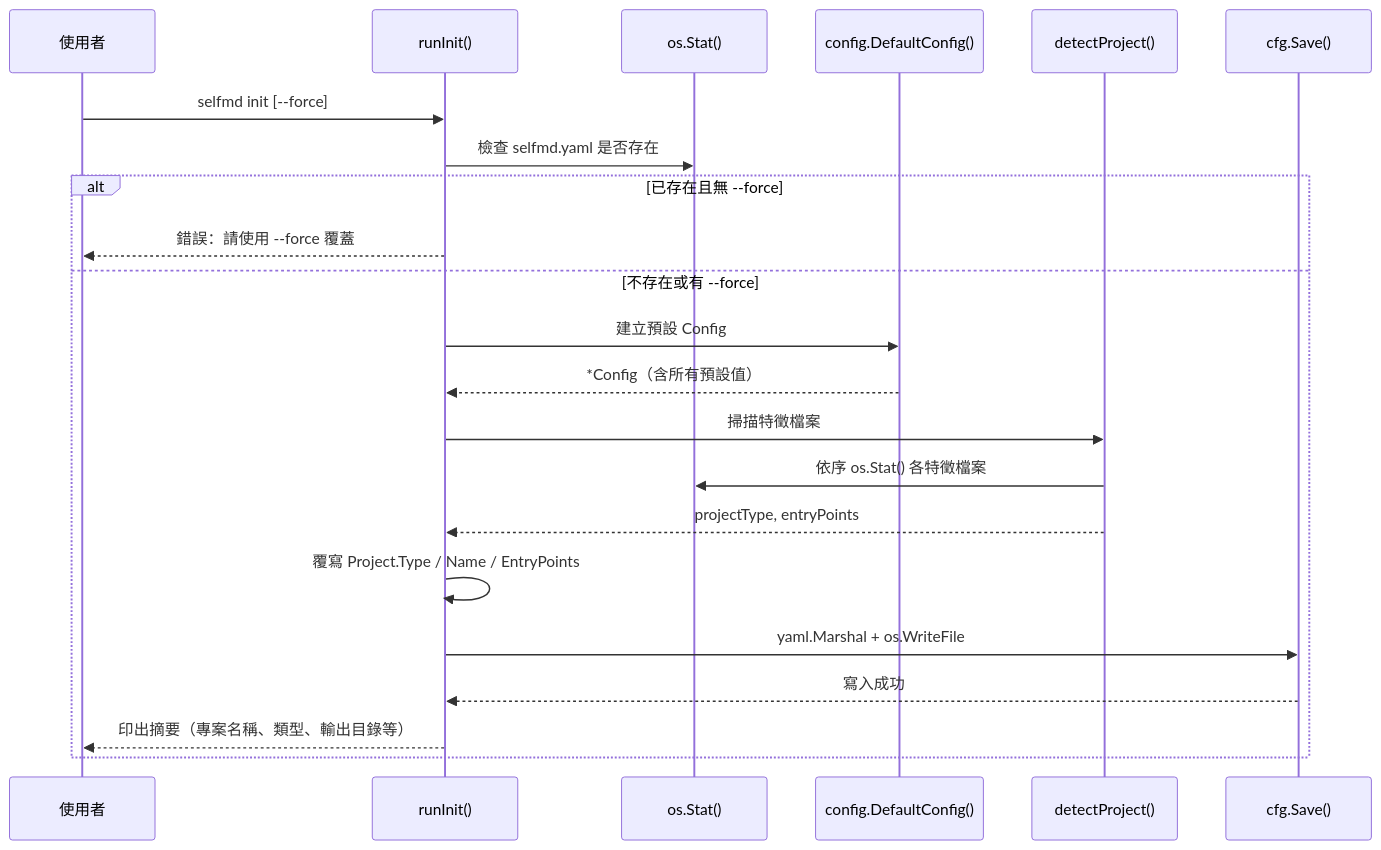
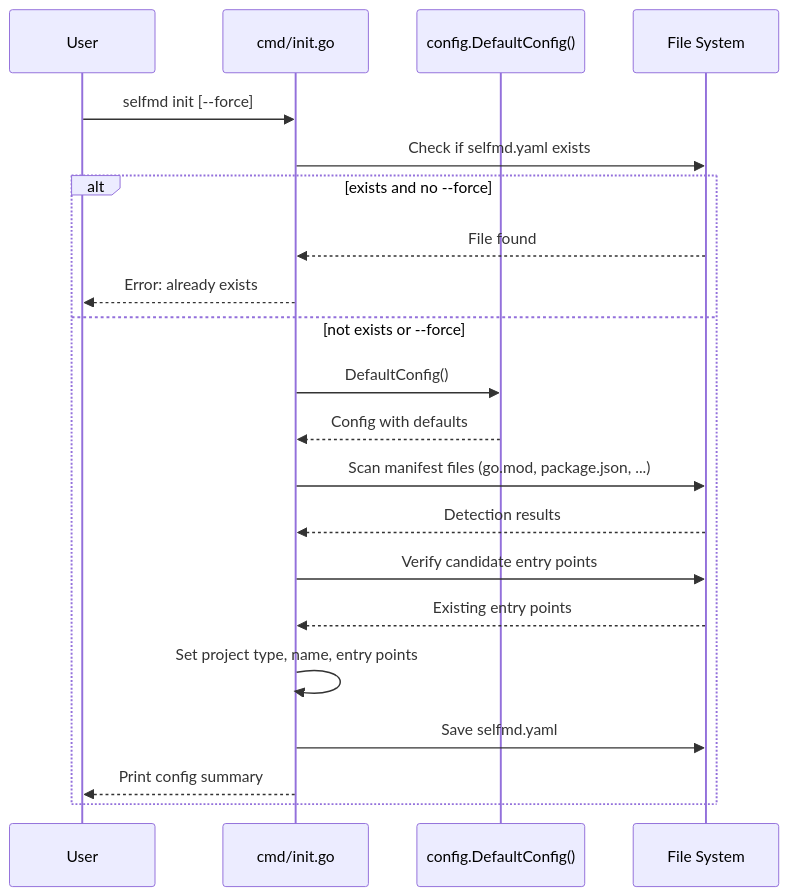
One commit to monkenWu/selfmd-claude-code changed the second of 2 diagrams in docs/getting-started/init/index.md. Above: the diagram before and after it, drawn with Mermaid. The commit also changed other lines of this file and 145 other files, not shown here.

````diff
--- a/docs/getting-started/init/index.md
+++ b/docs/getting-started/init/index.md
@@ -169,25 +180,24 @@
 ```mermaid
 sequenceDiagram
-    participant U as 使用者
-    participant Init as runInit()
-    participant OS as os.Stat()
-    participant CFG as config.DefaultConfig()
-    participant Detect as detectProject()
-    participant Save as cfg.Save()
+    participant User
+    participant InitCmd as cmd/init.go
+    participant Config as config.DefaultConfig()
+    participant FS as File System
 
-    U->>Init: selfmd init [--force]
-    Init->>OS: 檢查 selfmd.yaml 是否存在
-    alt 已存在且無 --force
-        Init-->>U: 錯誤：請使用 --force 覆蓋
-    else 不存在或有 --force
-        Init->>CFG: 建立預設 Config
-        CFG-->>Init: *Config（含所有預設值）
-        Init->>Detect: 掃描特徵檔案
-        Detect->>OS: 依序 os.Stat() 各特徵檔案
-        Detect-->>Init: projectType, entryPoints
-        Init->>Init: 覆寫 Project.Type / Name / EntryPoints
-        Init->>Save: yaml.Marshal + os.WriteFile
-        Save-->>Init: 寫入成功
-        Init-->>U: 印出摘要（專案名稱、類型、輸出目錄等）
+    User->>InitCmd: selfmd init [--force]
+    InitCmd->>FS: Check if selfmd.yaml exists
+    alt exists and no --force
+        FS-->>InitCmd: File found
+        InitCmd-->>User: Error: already exists
+    else not exists or --force
+        InitCmd->>Config: DefaultConfig()
+        Config-->>InitCmd: Config with defaults
+        InitCmd->>FS: Scan manifest files (go.mod, package.json, ...)
+        FS-->>InitCmd: Detection results
+        InitCmd->>FS: Verify candidate entry points
+        FS-->>InitCmd: Existing entry points
+        InitCmd->>InitCmd: Set project type, name, entry points
+        InitCmd->>FS: Save selfmd.yaml
+        InitCmd-->>User: Print config summary
     end
 ```
````
